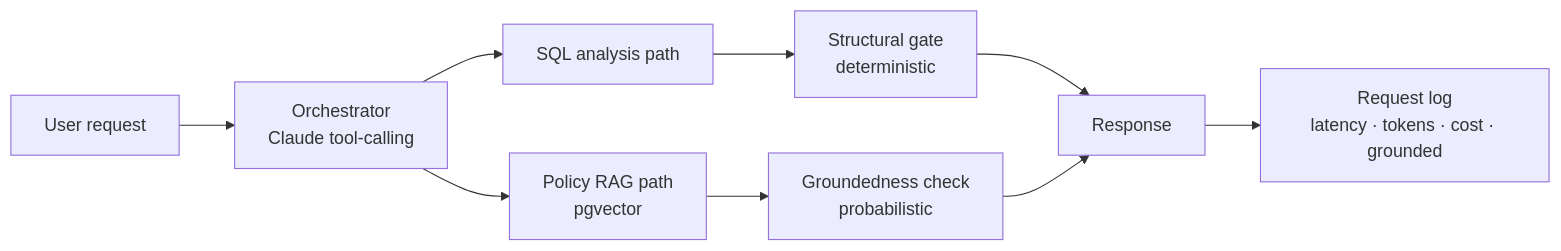
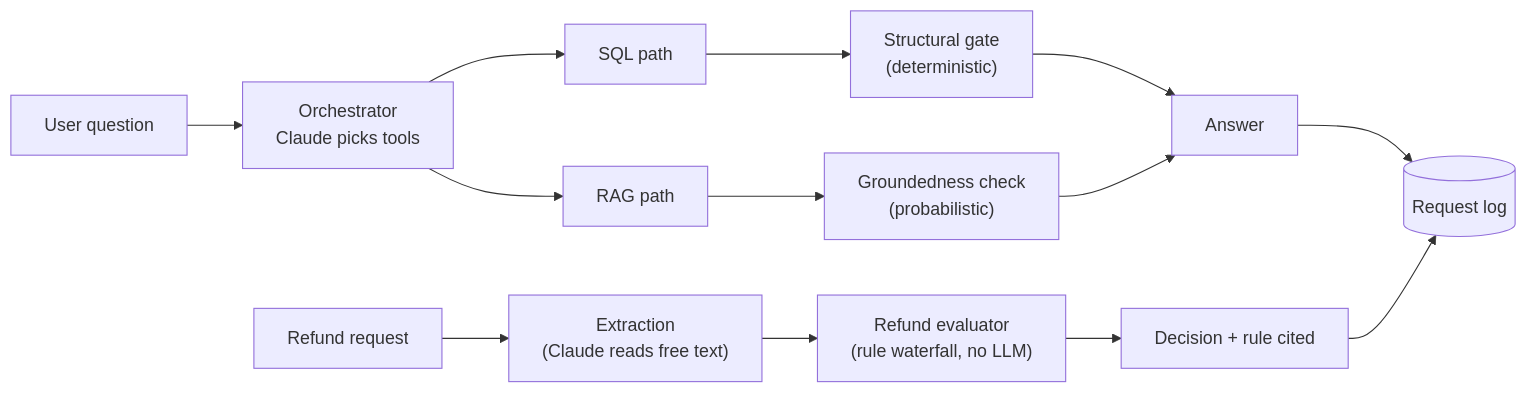
One commit to davidhahn/ecom-workflow-agent changed the diagram in README.md. Above: the diagram before and after it, drawn with Mermaid. The commit also changed other lines of this file and 1 other file, not shown here.

````diff
--- a/README.md
+++ b/README.md
@@ -28,11 +22,16 @@
 ```mermaid
 flowchart LR
-    U[User request] --> O[Orchestrator\nClaude tool-calling]
-    O --> SQL[SQL analysis path]
-    O --> RAG[Policy RAG path\npgvector]
-    SQL --> G1[Structural gate\ndeterministic]
-    RAG --> G2[Groundedness check\nprobabilistic]
-    G1 --> R[Response]
-    G2 --> R
-    R --> L[Request log\nlatency · tokens · cost · grounded]
+    U[User question] --> O["Orchestrator<br/>Claude picks tools"]
+    O --> SQL[SQL path]
+    O --> RAG[RAG path]
+    SQL --> G1["Structural gate<br/>(deterministic)"]
+    RAG --> G2["Groundedness check<br/>(probabilistic)"]
+    G1 --> ANS[Answer]
+    G2 --> ANS
+    ANS --> LOG[(Request log)]
+
+    REQ[Refund request] --> EX["Extraction<br/>(Claude reads free text)"]
+    EX --> EVAL["Refund evaluator<br/>(rule waterfall, no LLM)"]
+    EVAL --> DEC[Decision + rule cited]
+    DEC --> LOG
 ```
````
